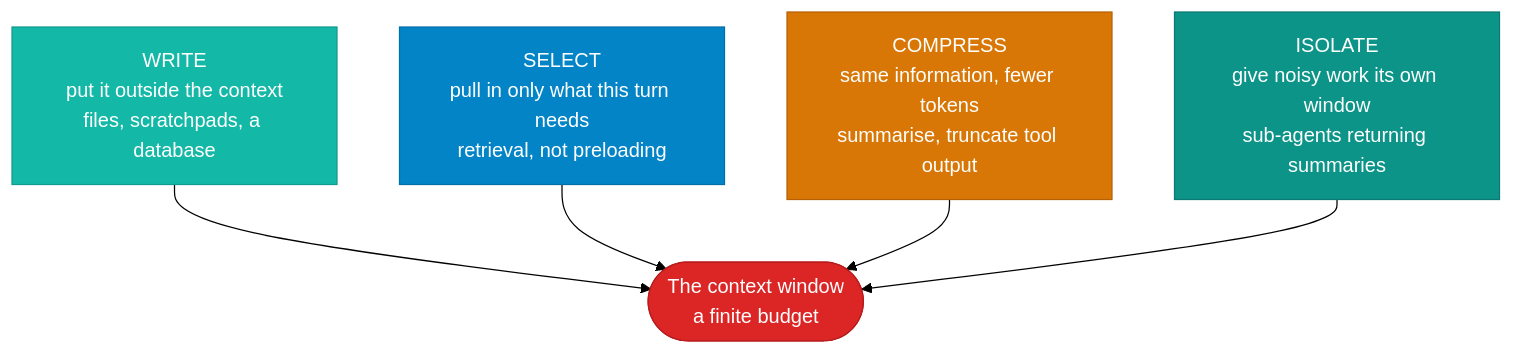
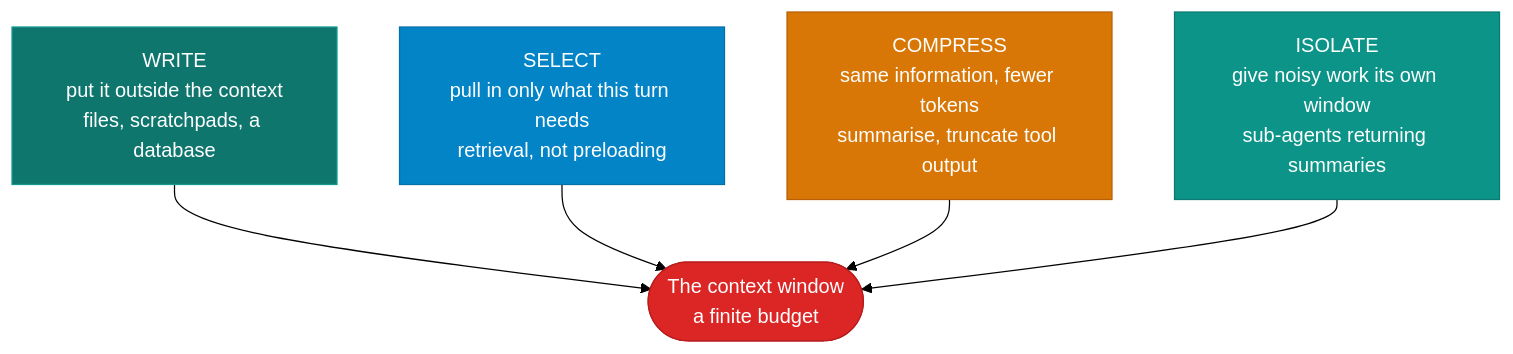
Before and after one commit to nitin27may/ai-resources: the second of 2 diagrams in docs/02-agents/context-engineering.md, drawn with Mermaid (forest theme). The commit also changed other lines of this file and 84 other files, not shown here.

````diff
--- a/docs/02-agents/context-engineering.md
+++ b/docs/02-agents/context-engineering.md
@@ -103,18 +108,18 @@
 ```mermaid
 flowchart TB
     W["WRITE<br/>put it outside the context<br/>files, scratchpads, a database"]:::storage
     S["SELECT<br/>pull in only what this turn needs<br/>retrieval, not preloading"]:::processing
     C["COMPRESS<br/>same information, fewer tokens<br/>summarise, truncate tool output"]:::warning
     I["ISOLATE<br/>give noisy work its own window<br/>sub-agents returning summaries"]:::primary
 
     W --> CTX([The context window<br/>a finite budget]):::danger
     S --> CTX
     C --> CTX
     I --> CTX
 
-    classDef storage fill:#14b8a6,stroke:#119b91,color:#fff
+    classDef storage fill:#0f766e,stroke:#119b91,color:#fff
     classDef processing fill:#0284c7,stroke:#0270a8,color:#fff
     classDef warning fill:#d97706,stroke:#b86005,color:#fff
     classDef primary fill:#0d9488,stroke:#0b7a72,color:#fff
     classDef danger fill:#dc2626,stroke:#b91c1c,color:#fff
 ```
````
